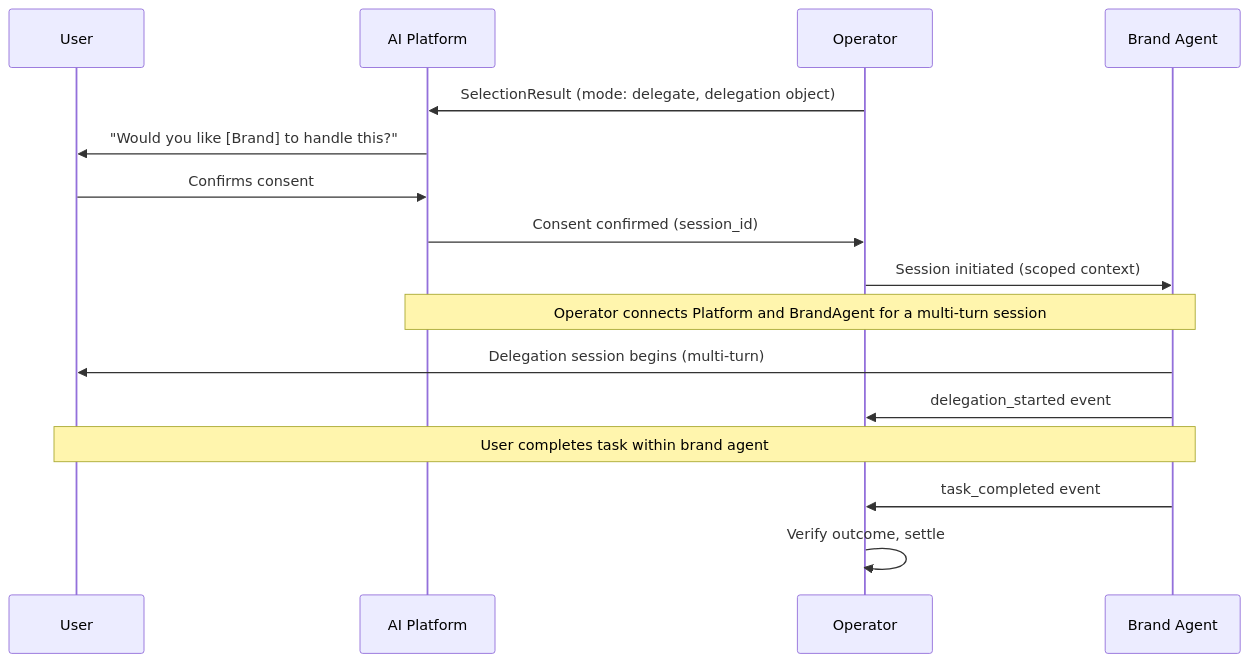
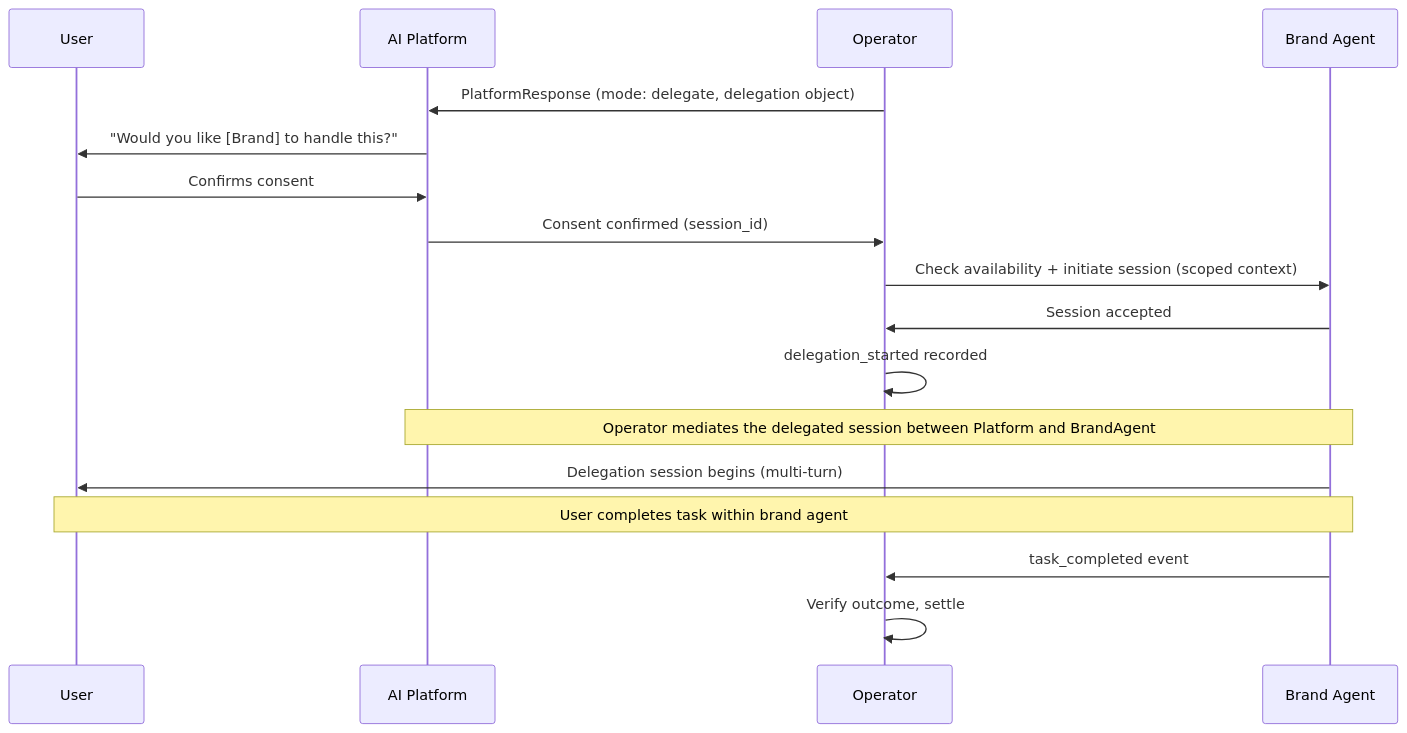
Before and after one commit to GouniManikumar12/mintlify-docs: the diagram in delegation.mdx, drawn with Mermaid. The commit also changed other lines of this file and 35 other files, not shown here.

````diff
--- a/delegation.mdx
+++ b/delegation.mdx
@@ -86,19 +86,20 @@
 ```mermaid
 sequenceDiagram
   participant User
   participant Platform as AI Platform
   participant Operator
   participant BrandAgent as Brand Agent
 
-  Operator->>Platform: SelectionResult (mode: delegate, delegation object)
+  Operator->>Platform: PlatformResponse (mode: delegate, delegation object)
   Platform->>User: "Would you like [Brand] to handle this?"
   User->>Platform: Confirms consent
   Platform->>Operator: Consent confirmed (session_id)
-  Operator->>BrandAgent: Session initiated (scoped context)
-  Note over Platform,BrandAgent: Operator connects Platform and BrandAgent for a multi-turn session
+  Operator->>BrandAgent: Check availability + initiate session (scoped context)
+  BrandAgent->>Operator: Session accepted
+  Operator->>Operator: delegation_started recorded
+  Note over Platform,BrandAgent: Operator mediates the delegated session between Platform and BrandAgent
   BrandAgent->>User: Delegation session begins (multi-turn)
-  BrandAgent->>Operator: delegation_started event
   Note over User,BrandAgent: User completes task within brand agent
   BrandAgent->>Operator: task_completed event
   Operator->>Operator: Verify outcome, settle
 ```
````
